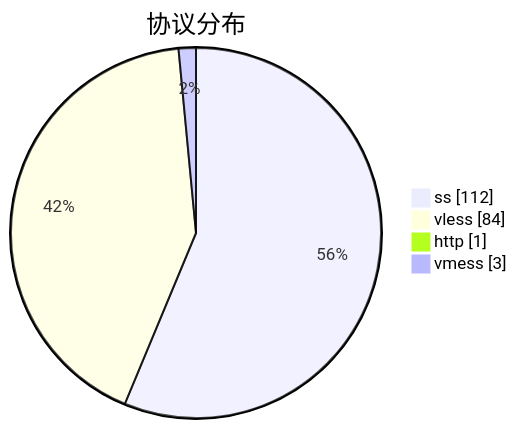
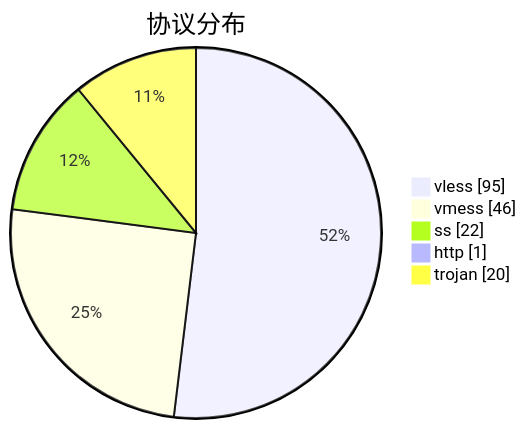
The third of 3 diagrams in subs/statistics/tested_within.md (qjlxg/airport), drawn with Mermaid before and after one commit. The commit also changed other lines of this file and 2 other files, not shown here.

````diff
--- a/subs/statistics/tested_within.md
+++ b/subs/statistics/tested_within.md
@@ -25,8 +30,9 @@
 ```mermaid
 pie showData
 title 协议分布
-"ss" : 112
-"vless" : 84
+"vless" : 95
+"vmess" : 46
+"ss" : 22
 "http" : 1
-"vmess" : 3
+"trojan" : 20
 ```
````
